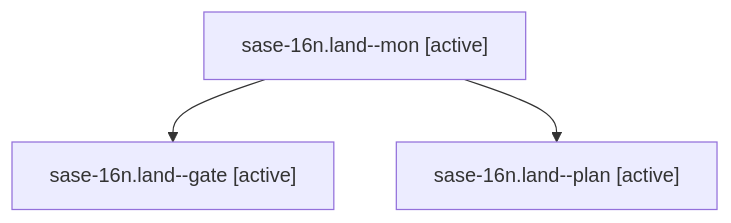
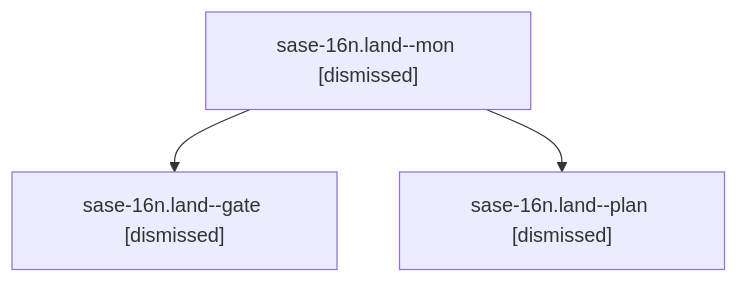
One commit to sase-org/sase--agents changed the diagram in sessions/bbugyi200.athena.sase-16n.land.md. Above: the diagram before and after it, drawn with Mermaid. The commit also changed other lines of this file and 158 other files, not shown here.

````diff
--- a/sessions/bbugyi200.athena.sase-16n.land.md
+++ b/sessions/bbugyi200.athena.sase-16n.land.md
@@ -9,8 +9,8 @@
 ```mermaid
 flowchart TD
-  n0["sase-16n.land--mon [active]"]
-  n1["sase-16n.land--gate [active]"]
+  n0["sase-16n.land--mon [dismissed]"]
+  n1["sase-16n.land--gate [dismissed]"]
   n0 --> n1
-  n2["sase-16n.land--plan [active]"]
+  n2["sase-16n.land--plan [dismissed]"]
   n0 --> n2
 ```
````
